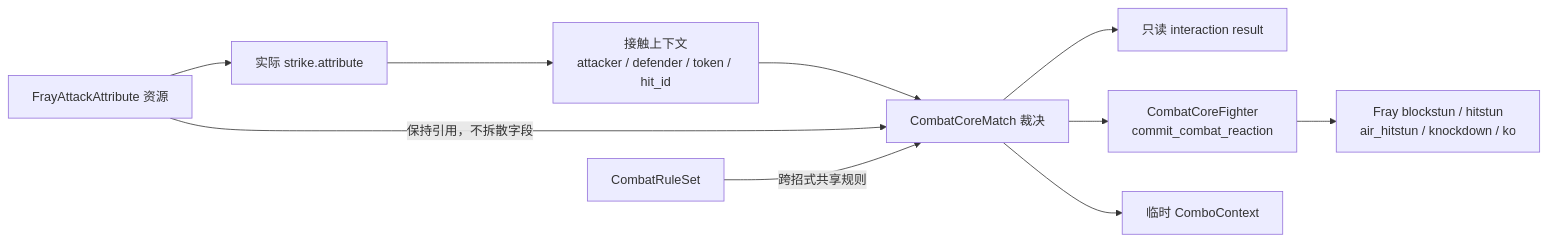
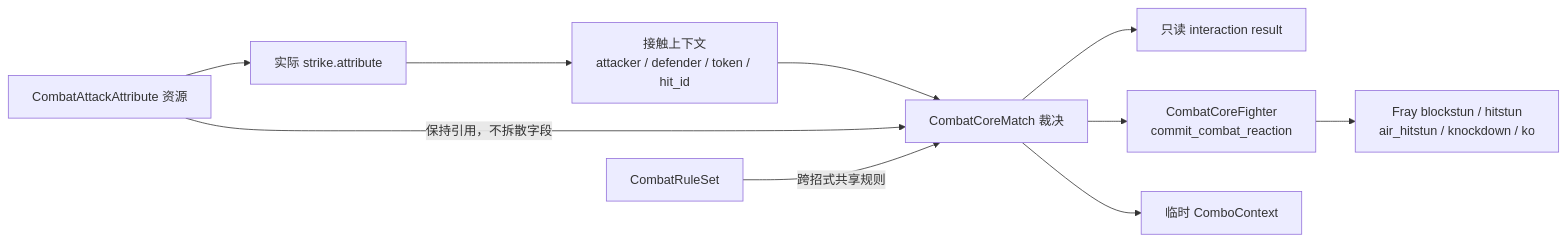
Before and after one commit to Forgeey/the-oc-fighting: the third of 3 diagrams in module_codes/fray-combat-core/docs/SDD.md, drawn with Mermaid. The commit also changed other lines of this file and 627 other files, not shown here.

````diff
--- a/module_codes/fray-combat-core/docs/SDD.md
+++ b/module_codes/fray-combat-core/docs/SDD.md
@@ -112,22 +112,22 @@
 ```mermaid
 flowchart LR
-	Resource["FrayAttackAttribute 资源"]
+	Resource["CombatAttackAttribute 资源"]
 	Strike["实际 strike.attribute"]
 	Contact["接触上下文<br/>attacker / defender / token / hit_id"]
 	Resolver["CombatCoreMatch 裁决"]
 	Result["只读 interaction result"]
 	Reaction["CombatCoreFighter<br/>commit_combat_reaction"]
 	State["Fray blockstun / hitstun<br/>air_hitstun / knockdown / ko"]
 	Combo["临时 ComboContext"]
 	Rules["CombatRuleSet"]
 
 	Resource --> Strike
 	Strike --> Contact
 	Contact --> Resolver
 	Resource -- "保持引用，不拆散字段" --> Resolver
 	Rules -- "跨招式共享规则" --> Resolver
 	Resolver --> Combo
 	Resolver --> Result
 	Resolver --> Reaction
 	Reaction --> State
 ```
````
